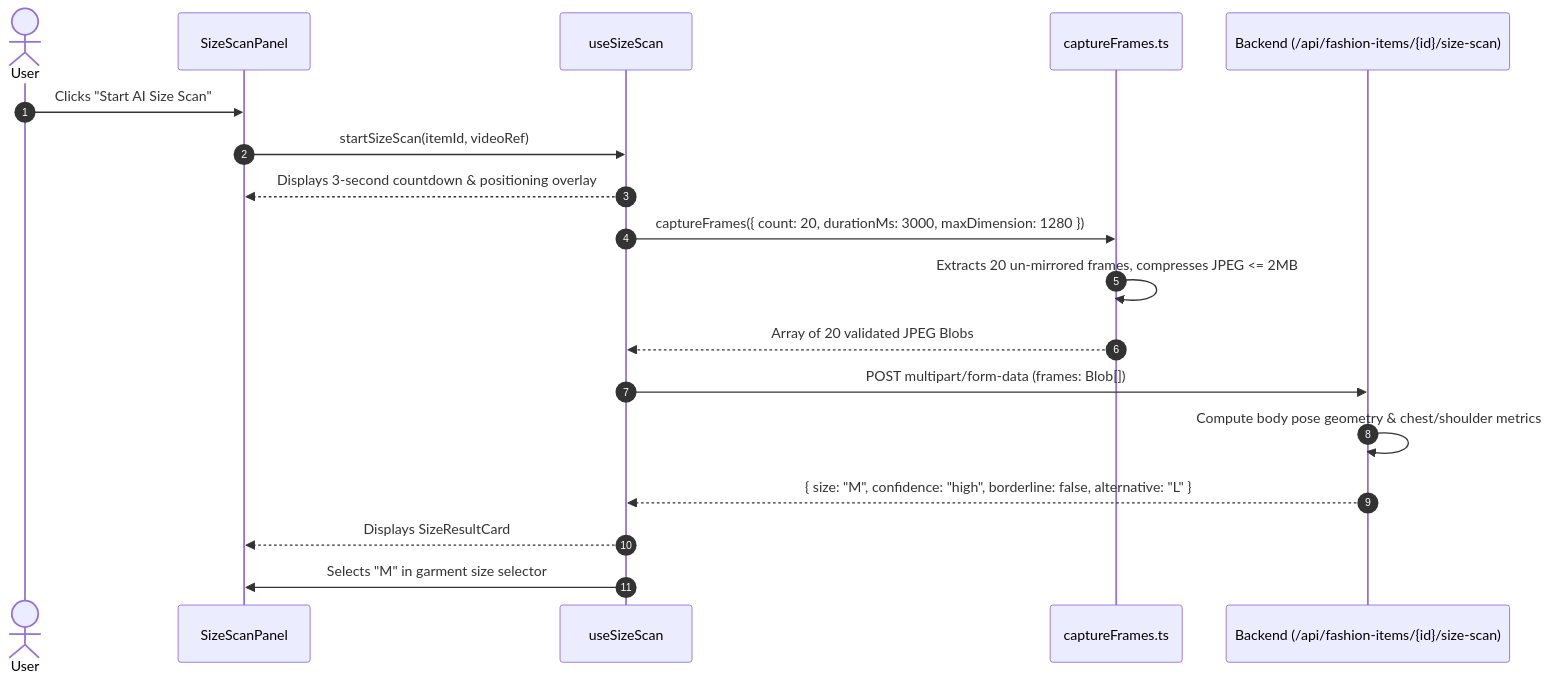
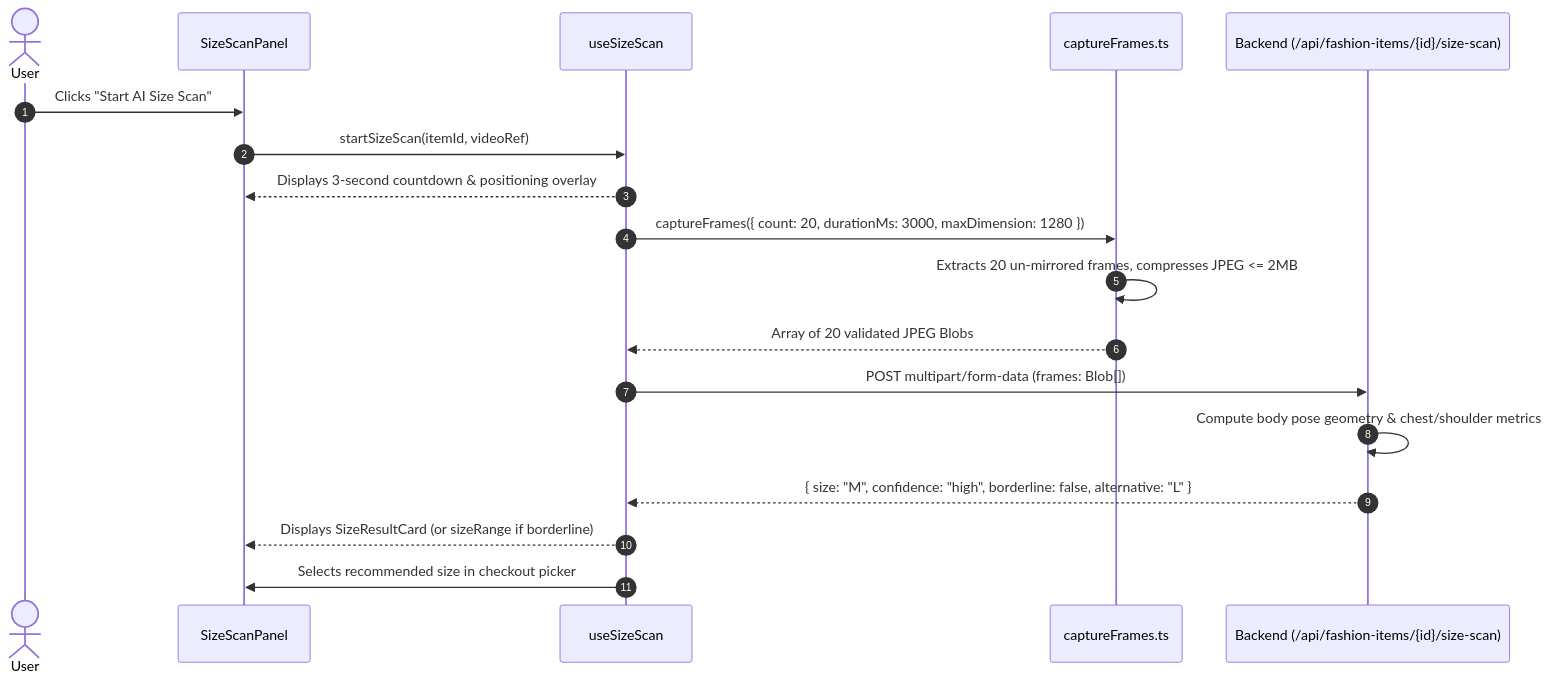
One commit to gamalwessam21/TryOnStudio changed the fifth of 11 diagrams in README.md. Above: the diagram before and after it, drawn with Mermaid. The commit also changed other lines of this file, not shown here.

````diff
--- a/README.md
+++ b/README.md
@@ -356,21 +363,21 @@
 ```mermaid
 sequenceDiagram
     autonumber
     actor User
     participant Panel as SizeScanPanel
     participant Hook as useSizeScan
     participant Canvas as captureFrames.ts
     participant Backend as Backend (/api/fashion-items/{id}/size-scan)
 
     User->>Panel: Clicks "Start AI Size Scan"
     Panel->>Hook: startSizeScan(itemId, videoRef)
     Hook-->>Panel: Displays 3-second countdown & positioning overlay
     Hook->>Canvas: captureFrames({ count: 20, durationMs: 3000, maxDimension: 1280 })
     Canvas->>Canvas: Extracts 20 un-mirrored frames, compresses JPEG <= 2MB
     Canvas-->>Hook: Array of 20 validated JPEG Blobs
     Hook->>Backend: POST multipart/form-data (frames: Blob[])
     Backend->>Backend: Compute body pose geometry & chest/shoulder metrics
     Backend-->>Hook: { size: "M", confidence: "high", borderline: false, alternative: "L" }
-    Hook-->>Panel: Displays SizeResultCard
-    Hook->>Panel: Selects "M" in garment size selector
+    Hook-->>Panel: Displays SizeResultCard (or sizeRange if borderline)
+    Hook->>Panel: Selects recommended size in checkout picker
 ```
````
